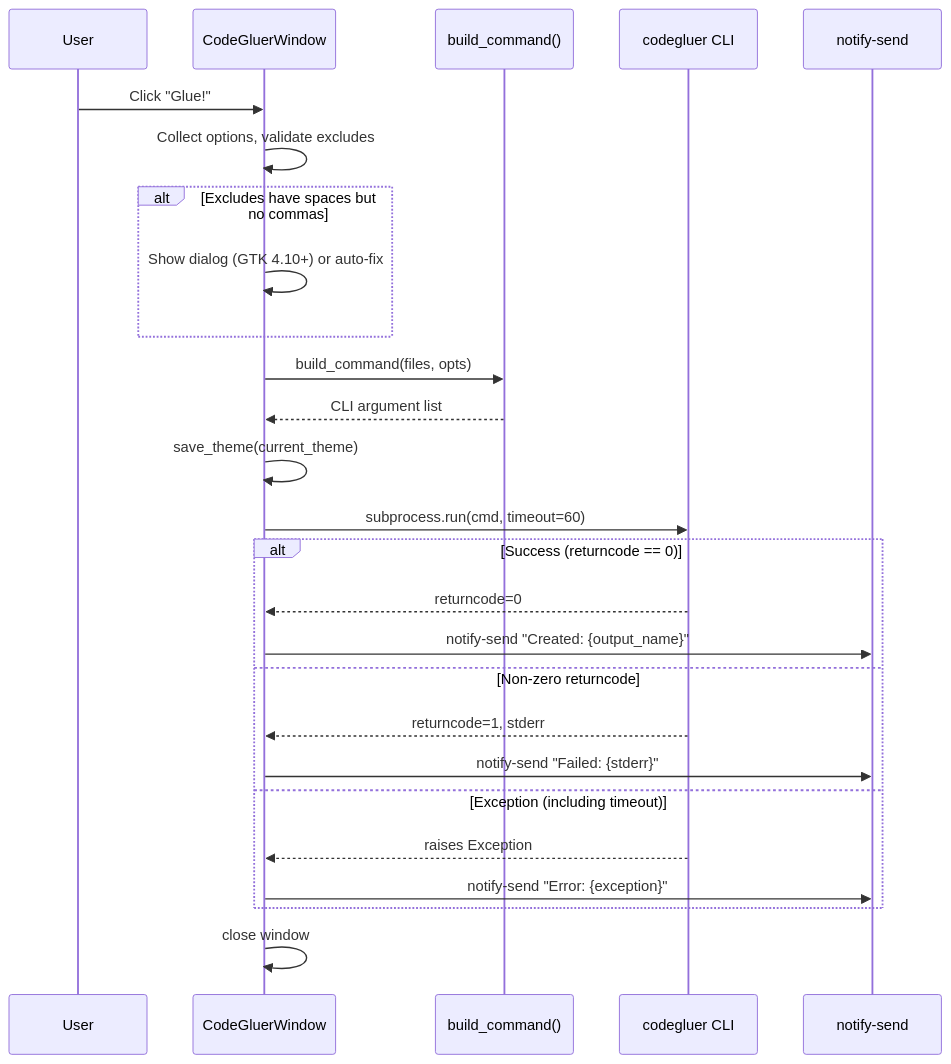
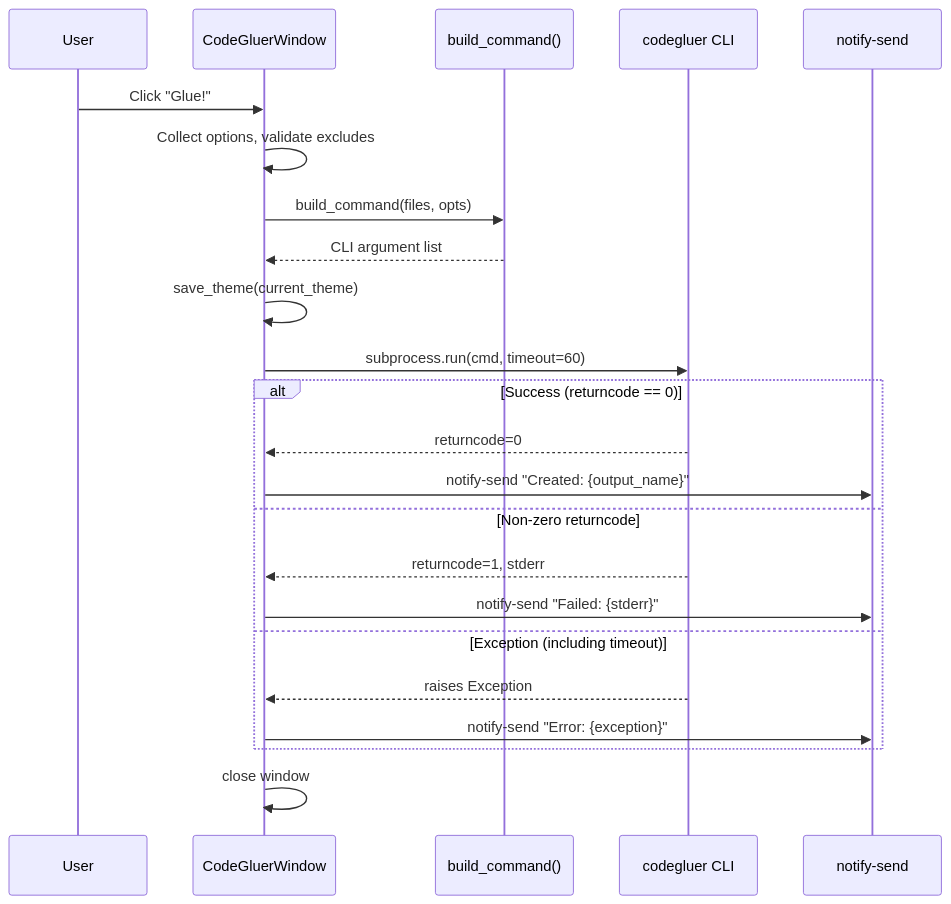
Before and after one commit to fathriAbanoub/codegluer: the diagram in README.md, drawn with Mermaid. The commit also changed other lines of this file and 5 other files, not shown here.

````diff
--- a/README.md
+++ b/README.md
@@ -250,29 +311,26 @@
 ```mermaid
 sequenceDiagram
     participant User
     participant GUI as CodeGluerWindow
     participant Logic as build_command()
     participant CLI as codegluer CLI
     participant Notify as notify-send
 
     User->>GUI: Click "Glue!"
     GUI->>GUI: Collect options, validate excludes
-    alt Excludes have spaces but no commas
-        GUI->>GUI: Show dialog (GTK 4.10+) or auto-fix
-    end
     GUI->>Logic: build_command(files, opts)
     Logic-->>GUI: CLI argument list
     GUI->>GUI: save_theme(current_theme)
     GUI->>CLI: subprocess.run(cmd, timeout=60)
     alt Success (returncode == 0)
         CLI-->>GUI: returncode=0
         GUI->>Notify: notify-send "Created: {output_name}"
     else Non‑zero returncode
         CLI-->>GUI: returncode=1, stderr
         GUI->>Notify: notify-send "Failed: {stderr}"
     else Exception (including timeout)
         CLI-->>GUI: raises Exception
         GUI->>Notify: notify-send "Error: {exception}"
     end
     GUI->>GUI: close window
 ```
````
